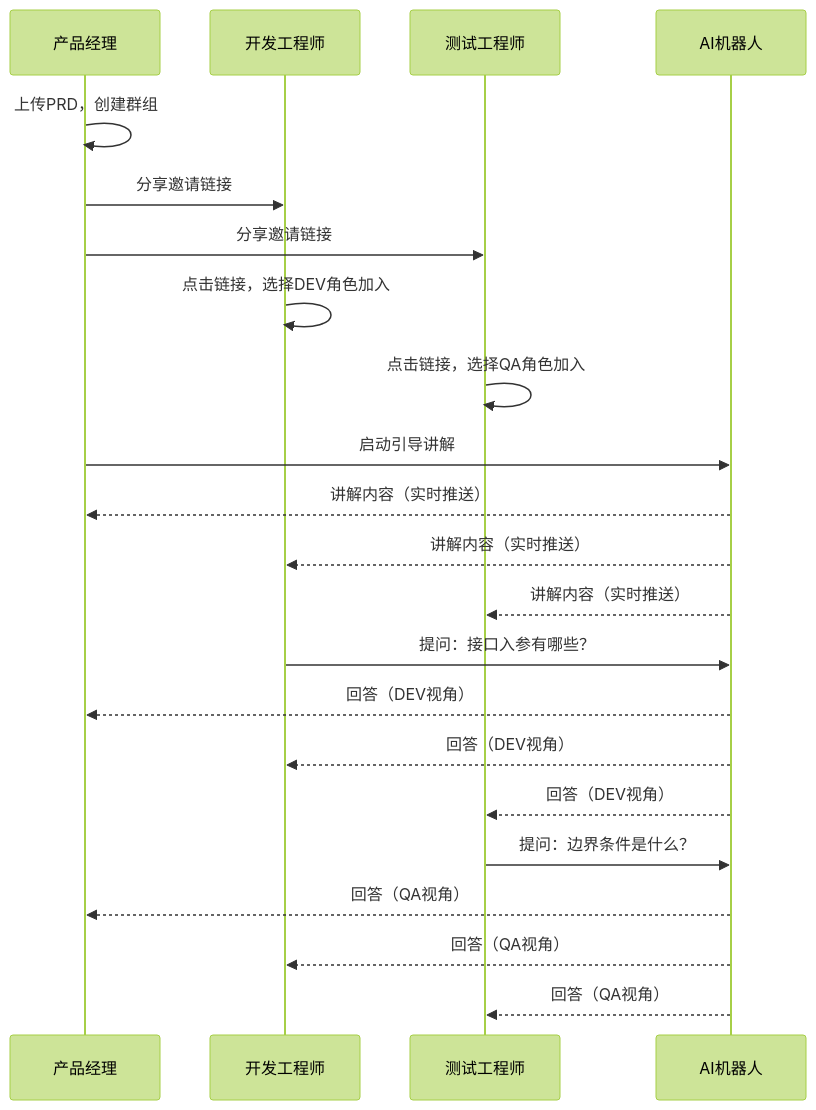
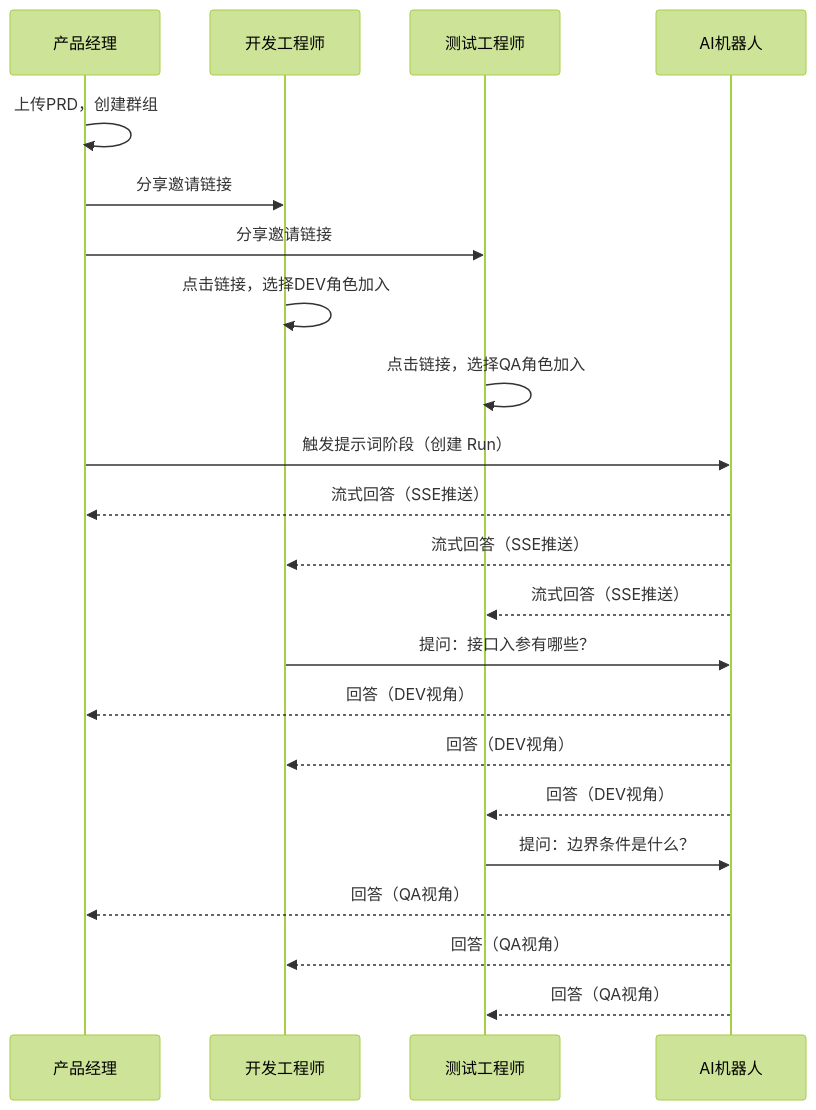
Before and after one commit to inernoro/prd_agent: the diagram in doc/3.prd.md, drawn with Mermaid (forest theme). The commit also changed other lines of this file and 8 other files, not shown here.

````diff
--- a/doc/3.prd.md
+++ b/doc/3.prd.md
@@ -478,28 +488,28 @@
 ```mermaid
 sequenceDiagram
     participant PM as 产品经理
     participant DEV as 开发工程师
     participant QA as 测试工程师
     participant AI as AI机器人
     
     PM->>PM: 上传PRD，创建群组
     PM->>DEV: 分享邀请链接
     PM->>QA: 分享邀请链接
     DEV->>DEV: 点击链接，选择DEV角色加入
     QA->>QA: 点击链接，选择QA角色加入
     
-    PM->>AI: 启动引导讲解
-    AI-->>PM: 讲解内容（实时推送）
-    AI-->>DEV: 讲解内容（实时推送）
-    AI-->>QA: 讲解内容（实时推送）
+    PM->>AI: 触发提示词阶段（创建 Run）
+    AI-->>PM: 流式回答（SSE推送）
+    AI-->>DEV: 流式回答（SSE推送）
+    AI-->>QA: 流式回答（SSE推送）
     
     DEV->>AI: 提问：接口入参有哪些？
     AI-->>PM: 回答（DEV视角）
     AI-->>DEV: 回答（DEV视角）
     AI-->>QA: 回答（DEV视角）
     
     QA->>AI: 提问：边界条件是什么？
     AI-->>PM: 回答（QA视角）
     AI-->>DEV: 回答（QA视角）
     AI-->>QA: 回答（QA视角）
 ```
````
